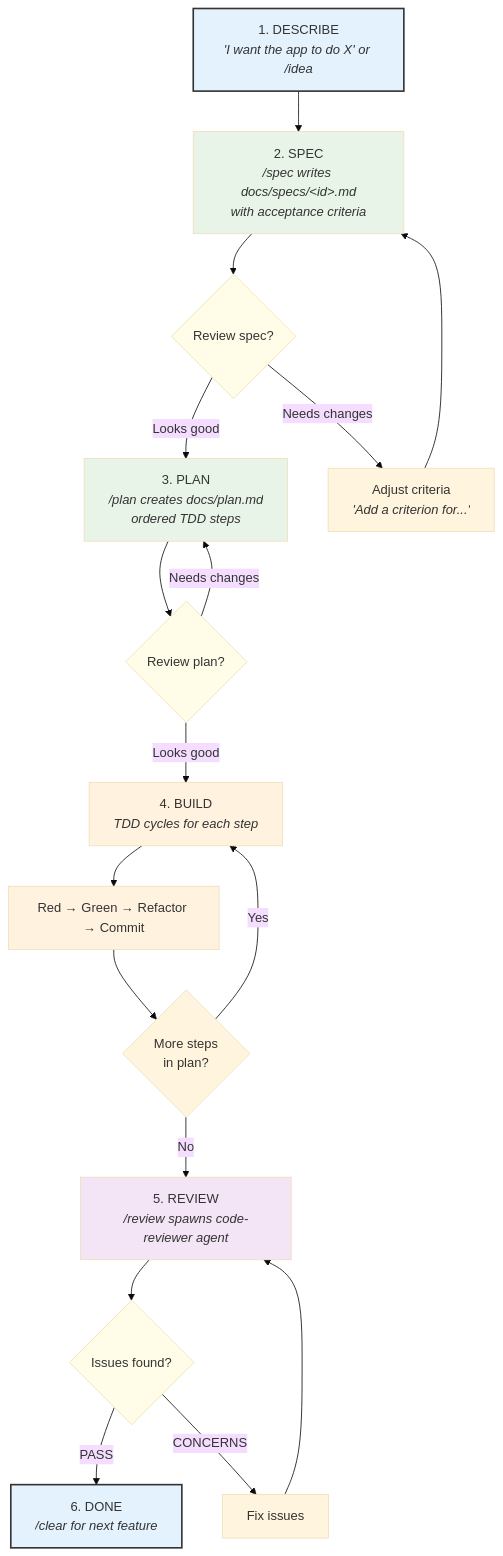
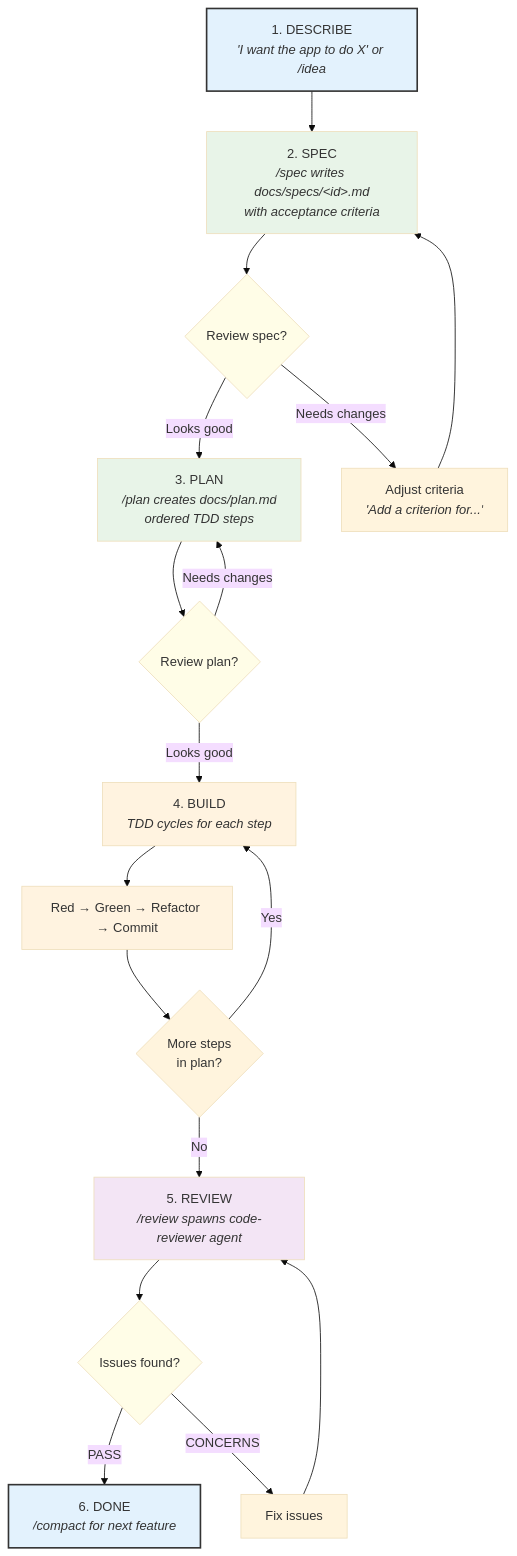
Before and after one commit to goldhaxx/ccanvil: the first of 2 diagrams in .ccanvil/guide/core-workflow.md, drawn with Mermaid (base theme). The commit also changed 7 other files, not shown here.

First line of the commit message:
feat(workflow): replace /clear with /compact as default context management (BTS-71)

````diff
--- a/.ccanvil/guide/core-workflow.md
+++ b/.ccanvil/guide/core-workflow.md
@@ -5,44 +5,44 @@
 ```mermaid
 flowchart TD
     DESC["1. DESCRIBE<br/><i>'I want the app to do X' or /idea</i>"]
     SPEC["2. SPEC<br/><i>/spec writes docs/specs/&lt;id&gt;.md<br/>with acceptance criteria</i>"]
     REV_SPEC{"Review spec?"}
     ADJ["Adjust criteria<br/><i>'Add a criterion for...'</i>"]
     PLAN["3. PLAN<br/><i>/plan creates docs/plan.md<br/>ordered TDD steps</i>"]
     REV_PLAN{"Review plan?"}
     BUILD["4. BUILD<br/><i>TDD cycles for each step</i>"]
     TDD_CYCLE["Red → Green → Refactor → Commit"]
     MORE{"More steps<br/>in plan?"}
     REVIEW["5. REVIEW<br/><i>/review spawns code-reviewer agent</i>"]
     REV_FB{"Issues found?"}
     FIX["Fix issues"]
-    DONE["6. DONE<br/><i>/clear for next feature</i>"]
+    DONE["6. DONE<br/><i>/compact for next feature</i>"]
 
     DESC --> SPEC
     SPEC --> REV_SPEC
     REV_SPEC -->|"Looks good"| PLAN
     REV_SPEC -->|"Needs changes"| ADJ
     ADJ --> SPEC
     PLAN --> REV_PLAN
     REV_PLAN -->|"Looks good"| BUILD
     REV_PLAN -->|"Needs changes"| PLAN
     BUILD --> TDD_CYCLE
     TDD_CYCLE --> MORE
     MORE -->|"Yes"| BUILD
     MORE -->|"No"| REVIEW
     REVIEW --> REV_FB
     REV_FB -->|"PASS"| DONE
     REV_FB -->|"CONCERNS"| FIX
     FIX --> REVIEW
 
     style DESC fill:#e3f2fd,stroke:#333,stroke-width:2px
     style SPEC fill:#e8f4e8
     style PLAN fill:#e8f4e8
     style BUILD fill:#fff3e0
     style TDD_CYCLE fill:#fff3e0
     style REVIEW fill:#f3e5f5
     style DONE fill:#e3f2fd,stroke:#333,stroke-width:2px
     style REV_SPEC fill:#fffde7
     style REV_PLAN fill:#fffde7
     style REV_FB fill:#fffde7
 ```
````
